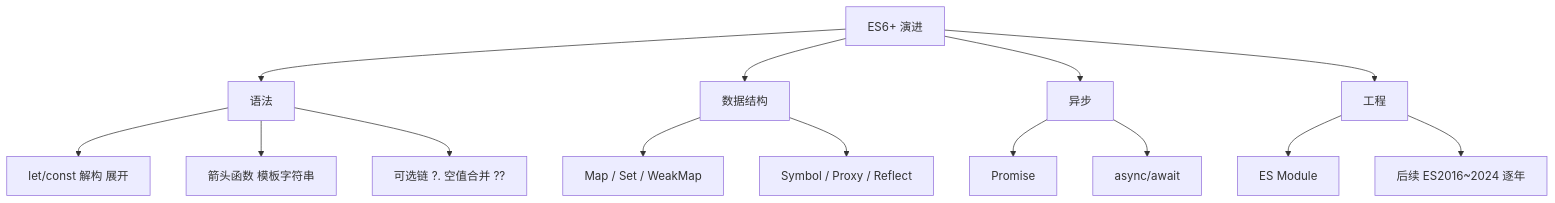
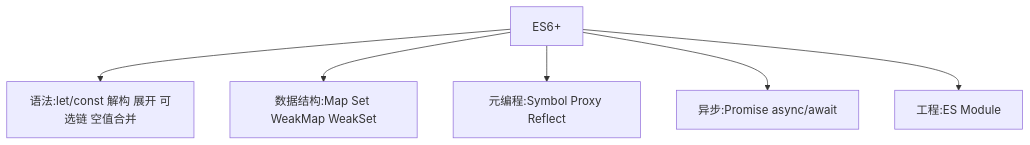
The diagram in frontend-knowledge-base/卷一-JavaScript语言内核/1.7-ES6+演进与API.md (inspire-man/frontend-knowledge-base), drawn with Mermaid before and after one commit. The commit also changed other lines of this file and 3 other files, not shown here.

````diff
--- a/frontend-knowledge-base/卷一-JavaScript语言内核/1.7-ES6+演进与API.md
+++ b/frontend-knowledge-base/卷一-JavaScript语言内核/1.7-ES6+演进与API.md
@@ -16,16 +16,8 @@
 ```mermaid
 flowchart TD
-    A[ES6+ 演进] --> B[语法]
-    A --> C[数据结构]
-    A --> D[异步]
-    A --> E[工程]
-    B --> B1[let/const 解构 展开]
-    B --> B2[箭头函数 模板字符串]
-    B --> B3[可选链 ?. 空值合并 ??]
-    C --> C1[Map / Set / WeakMap]
-    C --> C2[Symbol / Proxy / Reflect]
-    D --> D1[Promise]
-    D --> D2[async/await]
-    E --> E1[ES Module]
-    E --> E2[后续 ES2016~2024 逐年]
+    A[ES6+] --> B[语法:let/const 解构 展开 可选链 空值合并]
+    A --> C[数据结构:Map Set WeakMap WeakSet]
+    A --> D[元编程:Symbol Proxy Reflect]
+    A --> E[异步:Promise async/await]
+    A --> F[工程:ES Module]
 ```
````
